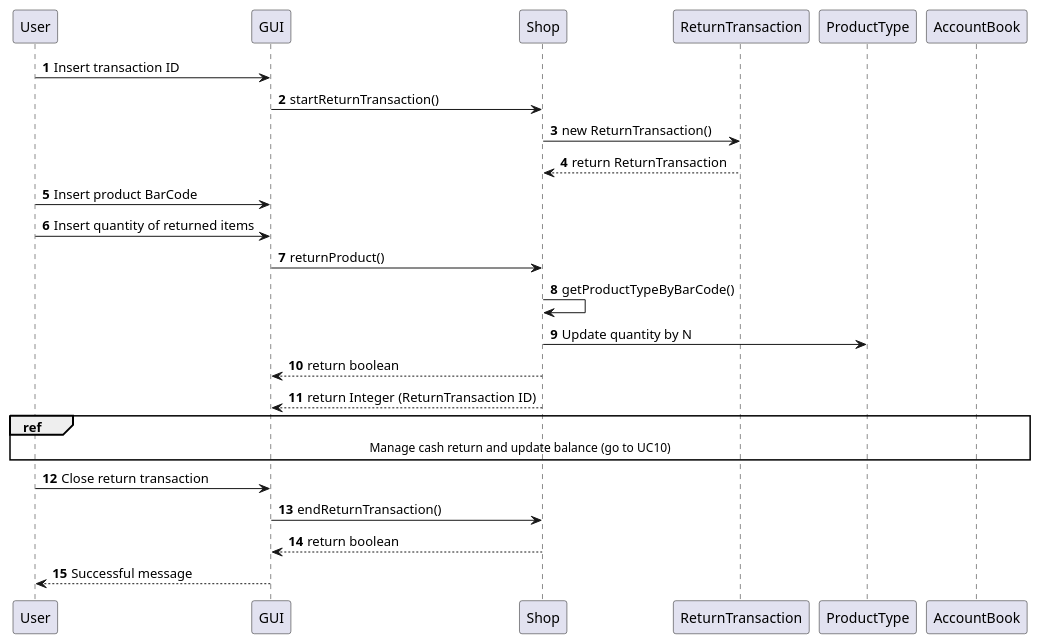
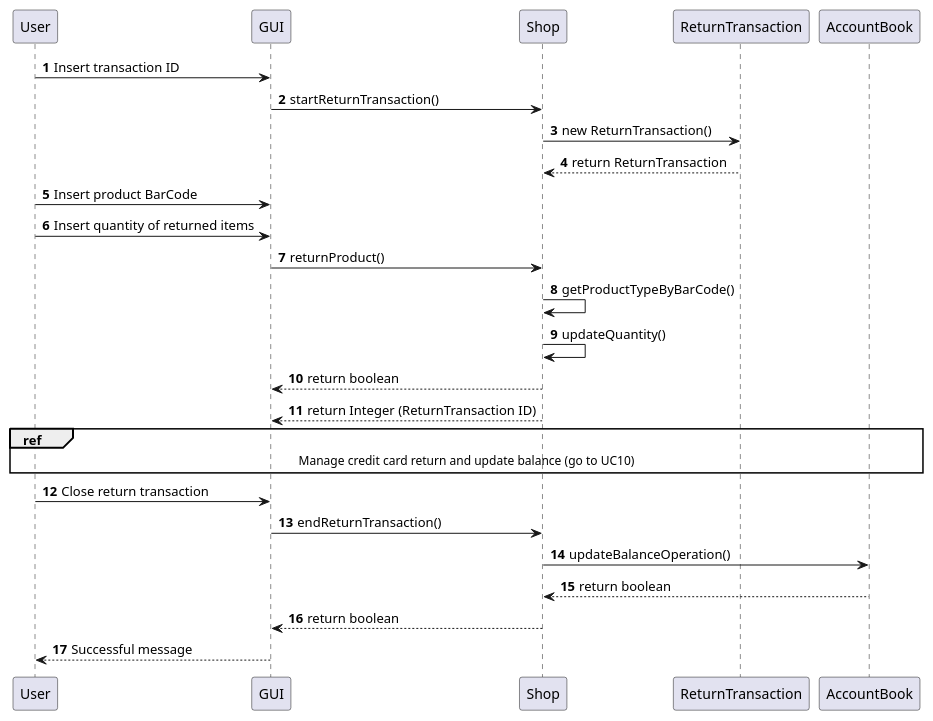
Diagram 15 of 18 in Deliverables/DesignDocument.md (Stormz4/group20-EzShop), drawn with PlantUML before and after one commit. The commit also changed other lines of this file, not shown here.

Commit message:
Doc: Modified various UC sequence

````diff
--- a/Deliverables/DesignDocument.md
+++ b/Deliverables/DesignDocument.md
@@ -567,23 +532,25 @@
 ```plantuml
 @startuml
 autonumber
 User -> GUI: Insert transaction ID
 GUI -> Shop: startReturnTransaction()
 Shop -> ReturnTransaction: new ReturnTransaction()
 ReturnTransaction --> Shop: return ReturnTransaction
 User -> GUI: Insert product BarCode
 User -> GUI: Insert quantity of returned items
 GUI -> Shop: returnProduct()
 Shop -> Shop: getProductTypeByBarCode()
-Shop -> ProductType: Update quantity by N
+Shop -> Shop : updateQuantity()
 Shop --> GUI: return boolean
 Shop --> GUI: return Integer (ReturnTransaction ID)
 ref over GUI, User, Shop, AccountBook
-Manage cash return and update balance (go to UC10)
+Manage credit card return and update balance (go to UC10)
 end ref
 User -> GUI: Close return transaction
 GUI -> Shop: endReturnTransaction()
+Shop -> AccountBook: updateBalanceOperation()
+AccountBook --> Shop: return boolean
 Shop --> GUI: return boolean
 GUI --> User: Successful message
 @enduml
 ```
````
